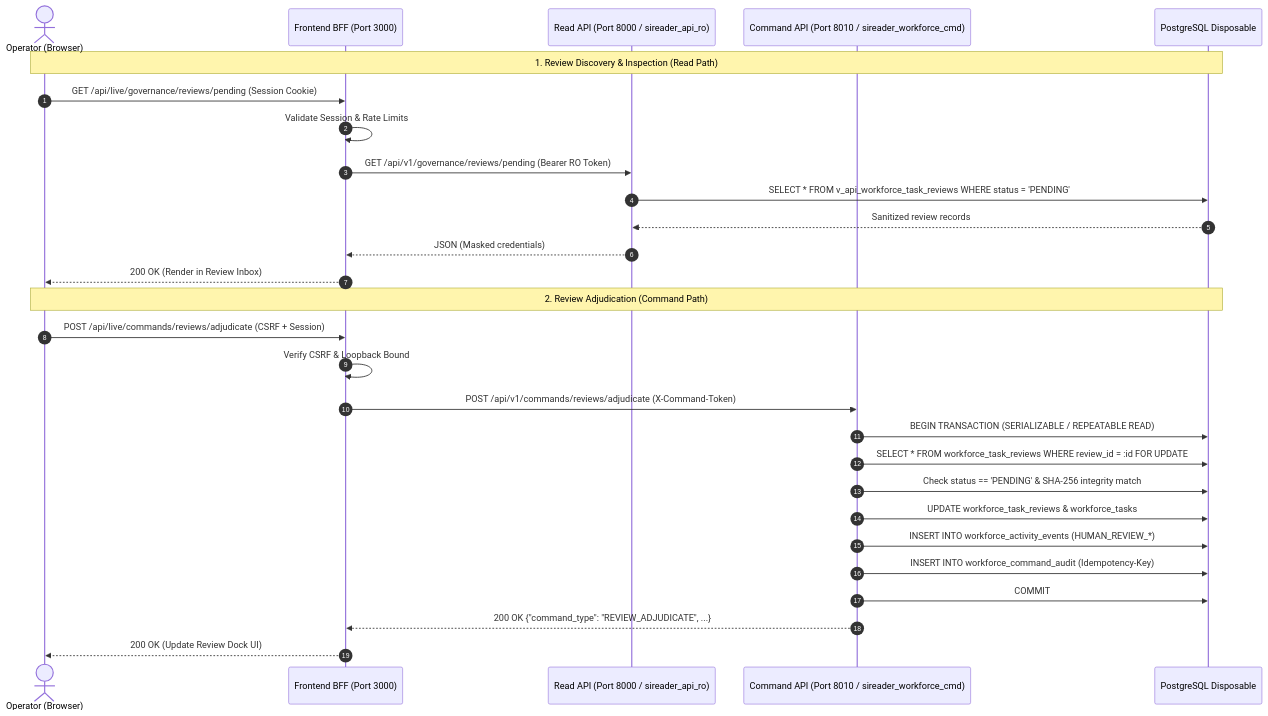
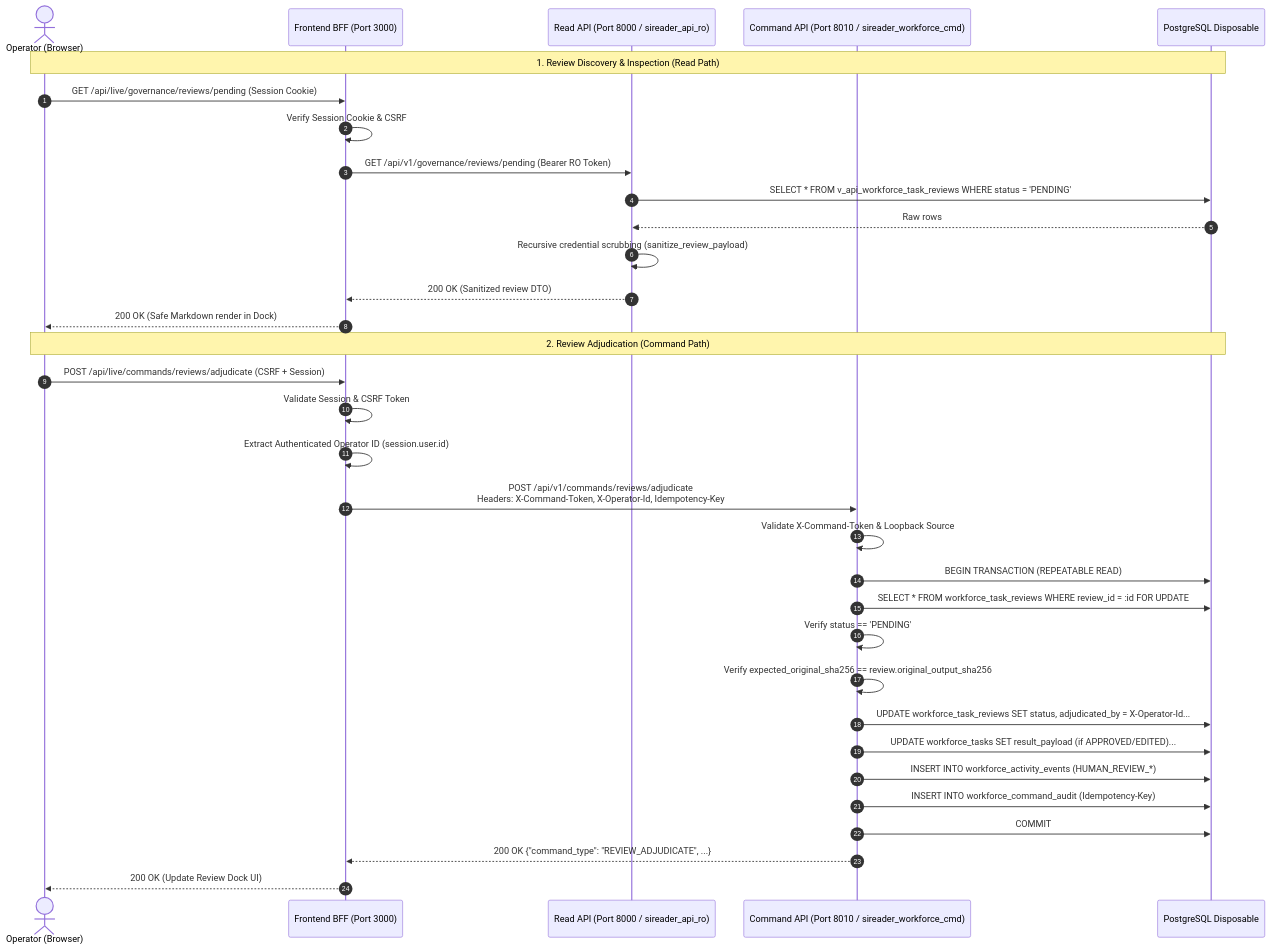
The diagram in docs/PHASE_5_2_2_ARCHITECTURE_PROPOSAL.md (awandhani22-boop/SIREADER), drawn with Mermaid before and after one commit. The commit also changed other lines of this file, not shown here.

Commit message:
docs(phase5.2): revise 5.2.2-A architecture proposal (Rev 1.1.0) addressing ChatGPT review

````diff
--- a/docs/PHASE_5_2_2_ARCHITECTURE_PROPOSAL.md
+++ b/docs/PHASE_5_2_2_ARCHITECTURE_PROPOSAL.md
@@ -124,32 +149,37 @@
 ```mermaid
 sequenceDiagram
     autonumber
     actor Operator as Operator (Browser)
     participant BFF as Frontend BFF (Port 3000)
     participant ReadAPI as Read API (Port 8000 / sireader_api_ro)
     participant CmdAPI as Command API (Port 8010 / sireader_workforce_cmd)
     participant DB as PostgreSQL Disposable
 
     Note over Operator,DB: 1. Review Discovery & Inspection (Read Path)
     Operator->>BFF: GET /api/live/governance/reviews/pending (Session Cookie)
-    BFF->>BFF: Validate Session & Rate Limits
+    BFF->>BFF: Verify Session Cookie & CSRF
     BFF->>ReadAPI: GET /api/v1/governance/reviews/pending (Bearer RO Token)
     ReadAPI->>DB: SELECT * FROM v_api_workforce_task_reviews WHERE status = 'PENDING'
-    DB-->>ReadAPI: Sanitized review records
-    ReadAPI-->>BFF: JSON (Masked credentials)
-    BFF-->>Operator: 200 OK (Render in Review Inbox)
+    DB-->>ReadAPI: Raw rows
+    ReadAPI->>ReadAPI: Recursive credential scrubbing (sanitize_review_payload)
+    ReadAPI-->>BFF: 200 OK (Sanitized review DTO)
+    BFF-->>Operator: 200 OK (Safe Markdown render in Dock)
 
     Note over Operator,DB: 2. Review Adjudication (Command Path)
     Operator->>BFF: POST /api/live/commands/reviews/adjudicate (CSRF + Session)
-    BFF->>BFF: Verify CSRF & Loopback Bound
-    BFF->>CmdAPI: POST /api/v1/commands/reviews/adjudicate (X-Command-Token)
-    CmdAPI->>DB: BEGIN TRANSACTION (SERIALIZABLE / REPEATABLE READ)
+    BFF->>BFF: Validate Session & CSRF Token
+    BFF->>BFF: Extract Authenticated Operator ID (session.user.id)
+    BFF->>CmdAPI: POST /api/v1/commands/reviews/adjudicate<br/>Headers: X-Command-Token, X-Operator-Id, Idempotency-Key
+    CmdAPI->>CmdAPI: Validate X-Command-Token & Loopback Source
+    CmdAPI->>DB: BEGIN TRANSACTION (REPEATABLE READ)
     CmdAPI->>DB: SELECT * FROM workforce_task_reviews WHERE review_id = :id FOR UPDATE
-    CmdAPI->>DB: Check status == 'PENDING' & SHA-256 integrity match
-    CmdAPI->>DB: UPDATE workforce_task_reviews & workforce_tasks
+    CmdAPI->>CmdAPI: Verify status == 'PENDING'
+    CmdAPI->>CmdAPI: Verify expected_original_sha256 == review.original_output_sha256
+    CmdAPI->>DB: UPDATE workforce_task_reviews SET status, adjudicated_by = X-Operator-Id...
+    CmdAPI->>DB: UPDATE workforce_tasks SET result_payload (if APPROVED/EDITED)...
     CmdAPI->>DB: INSERT INTO workforce_activity_events (HUMAN_REVIEW_*)
     CmdAPI->>DB: INSERT INTO workforce_command_audit (Idempotency-Key)
     CmdAPI->>DB: COMMIT
     CmdAPI-->>BFF: 200 OK {"command_type": "REVIEW_ADJUDICATE", ...}
     BFF-->>Operator: 200 OK (Update Review Dock UI)
 ```
````
